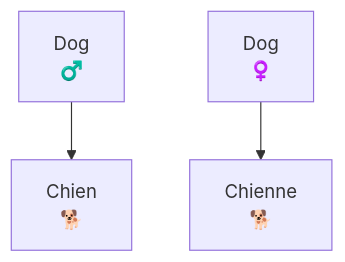
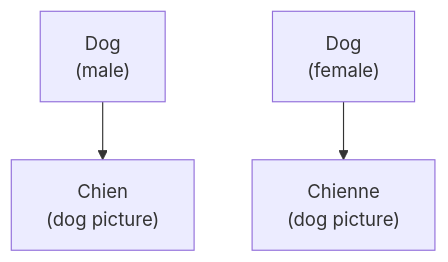
One commit to WeirdCatAFK/Flashback changed the seventh of 8 diagrams in src/mcp/skills/flashback-cards/SKILL.md. Above: the diagram before and after it, drawn with Mermaid. The commit also changed other lines of this file and 3 other files, not shown here.

````diff
--- a/src/mcp/skills/flashback-cards/SKILL.md
+++ b/src/mcp/skills/flashback-cards/SKILL.md
@@ -196,5 +220,5 @@
 ```mermaid
 graph TD
-  Dog_Male["Dog<br/>♂️"] --> Picture_Chien["Chien<br/>🐕"]
-  Dog_Female["Dog<br/>♀️"] --> Picture_Chienne["Chienne<br/>🐕"]
+  Dog_Male["Dog<br/>(male)"] --> Picture_Chien["Chien<br/>(dog picture)"]
+  Dog_Female["Dog<br/>(female)"] --> Picture_Chienne["Chienne<br/>(dog picture)"]
 ```
````
